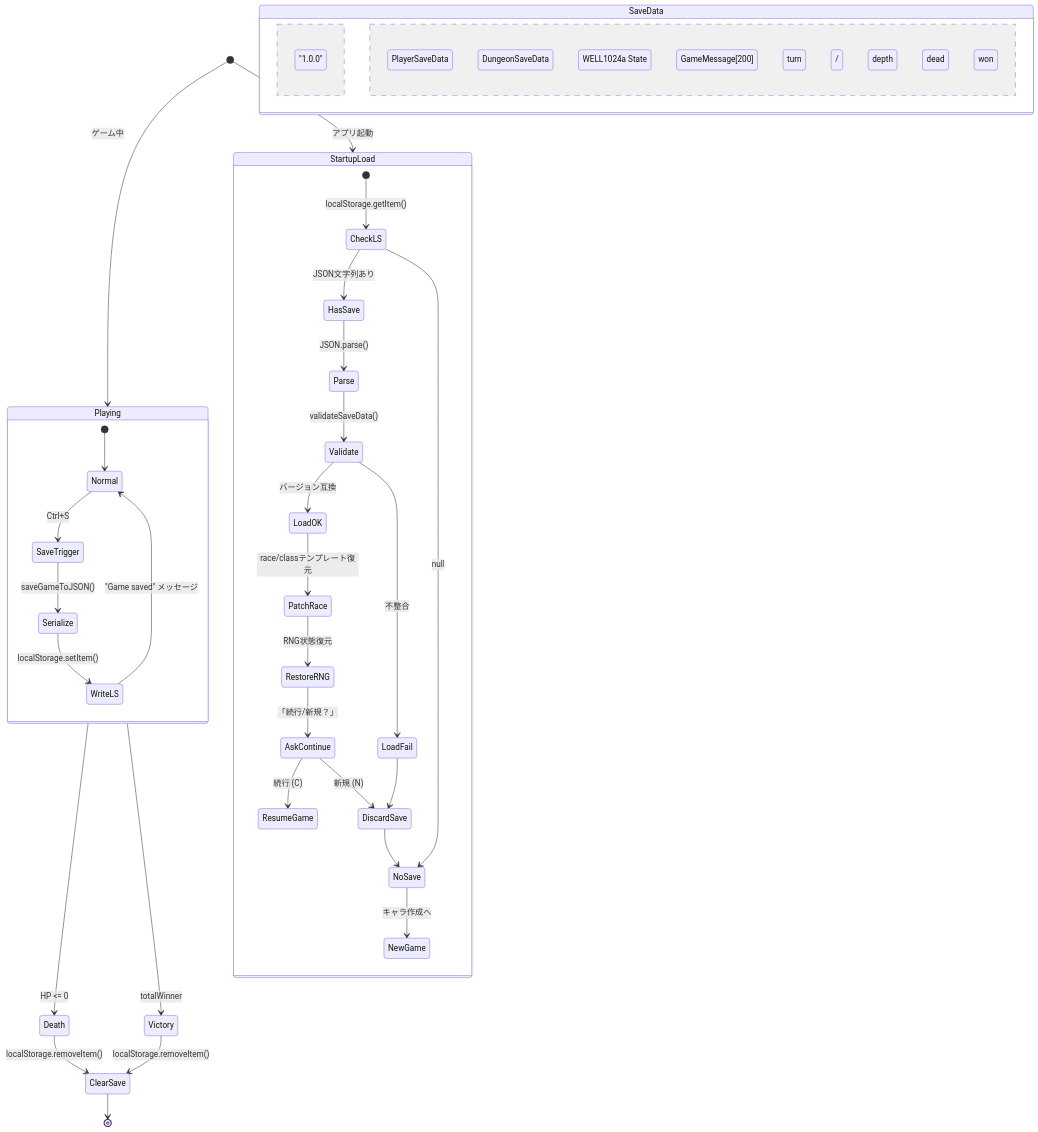
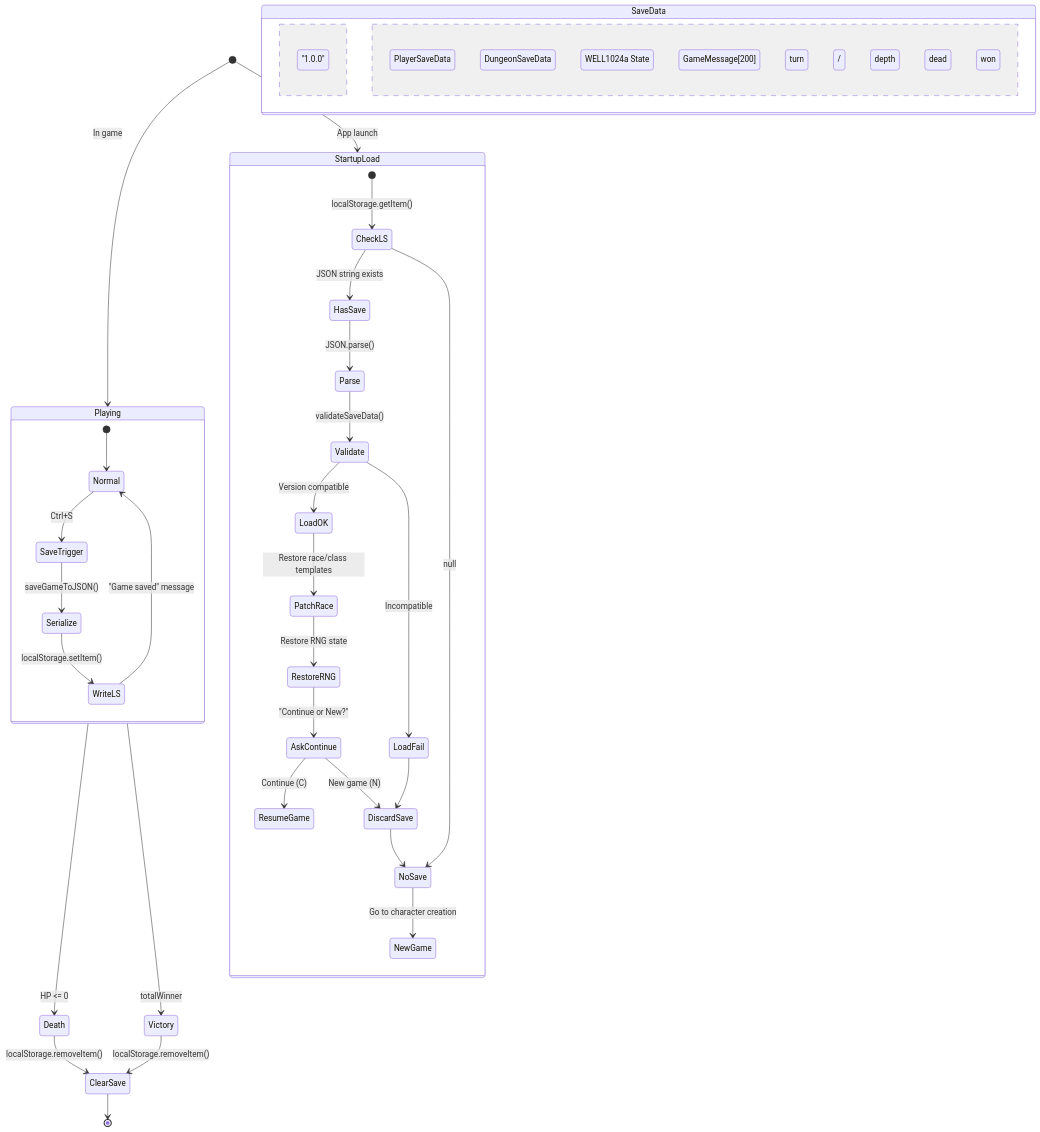
Before and after one commit to yuukiishikawa/angband-ts: diagram 14 of 15 in ARCHITECTURE.md, drawn with Mermaid. The commit also changed other lines of this file and 4 other files, not shown here.

````diff
--- a/ARCHITECTURE.md
+++ b/ARCHITECTURE.md
@@ -906,49 +906,49 @@
 ```mermaid
 stateDiagram-v2
-    [*] --> Playing : ゲーム中
+    [*] --> Playing : In game
 
     state Playing {
         [*] --> Normal
         Normal --> SaveTrigger : Ctrl+S
         SaveTrigger --> Serialize : saveGameToJSON()
         Serialize --> WriteLS : localStorage.setItem()
-        WriteLS --> Normal : "Game saved" メッセージ
+        WriteLS --> Normal : "Game saved" message
     }
 
     Playing --> Death : HP <= 0
     Playing --> Victory : totalWinner
 
     Death --> ClearSave : localStorage.removeItem()
     Victory --> ClearSave : localStorage.removeItem()
     ClearSave --> [*]
 
     state StartupLoad {
         [*] --> CheckLS : localStorage.getItem()
-        CheckLS --> HasSave : JSON文字列あり
+        CheckLS --> HasSave : JSON string exists
         CheckLS --> NoSave : null
         HasSave --> Parse : JSON.parse()
         Parse --> Validate : validateSaveData()
-        Validate --> LoadOK : バージョン互換
-        Validate --> LoadFail : 不整合
-        LoadOK --> PatchRace : race/classテンプレート復元
-        PatchRace --> RestoreRNG : RNG状態復元
-        RestoreRNG --> AskContinue : 「続行/新規？」
-        AskContinue --> ResumeGame : 続行 (C)
-        AskContinue --> DiscardSave : 新規 (N)
+        Validate --> LoadOK : Version compatible
+        Validate --> LoadFail : Incompatible
+        LoadOK --> PatchRace : Restore race/class templates
+        PatchRace --> RestoreRNG : Restore RNG state
+        RestoreRNG --> AskContinue : "Continue or New?"
+        AskContinue --> ResumeGame : Continue (C)
+        AskContinue --> DiscardSave : New game (N)
         LoadFail --> DiscardSave
         DiscardSave --> NoSave
-        NoSave --> NewGame : キャラ作成へ
+        NoSave --> NewGame : Go to character creation
     }
 
-    [*] --> StartupLoad : アプリ起動
+    [*] --> StartupLoad : App launch
 
     state SaveData {
         version : "1.0.0"
         --
         player : PlayerSaveData
         dungeon : DungeonSaveData
         rngState : WELL1024a State
         messages : GameMessage[200]
         turn / depth / dead / won
     }
 ```
````
